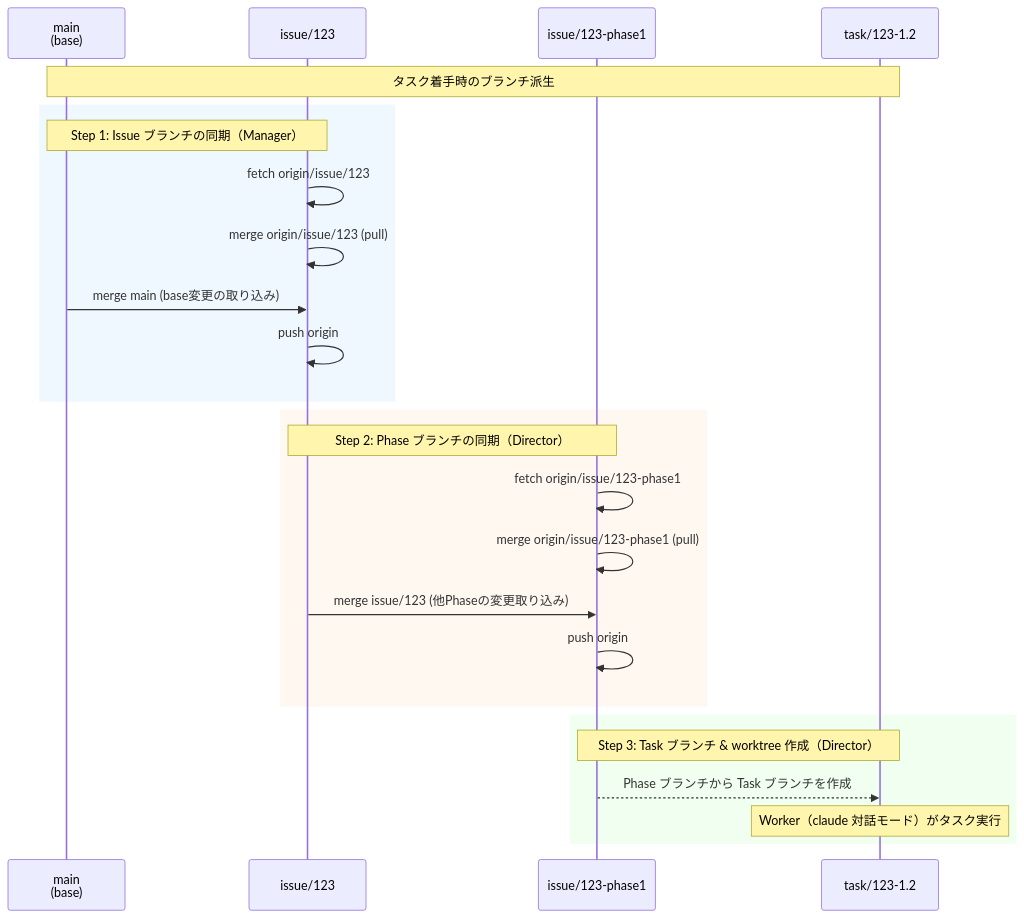
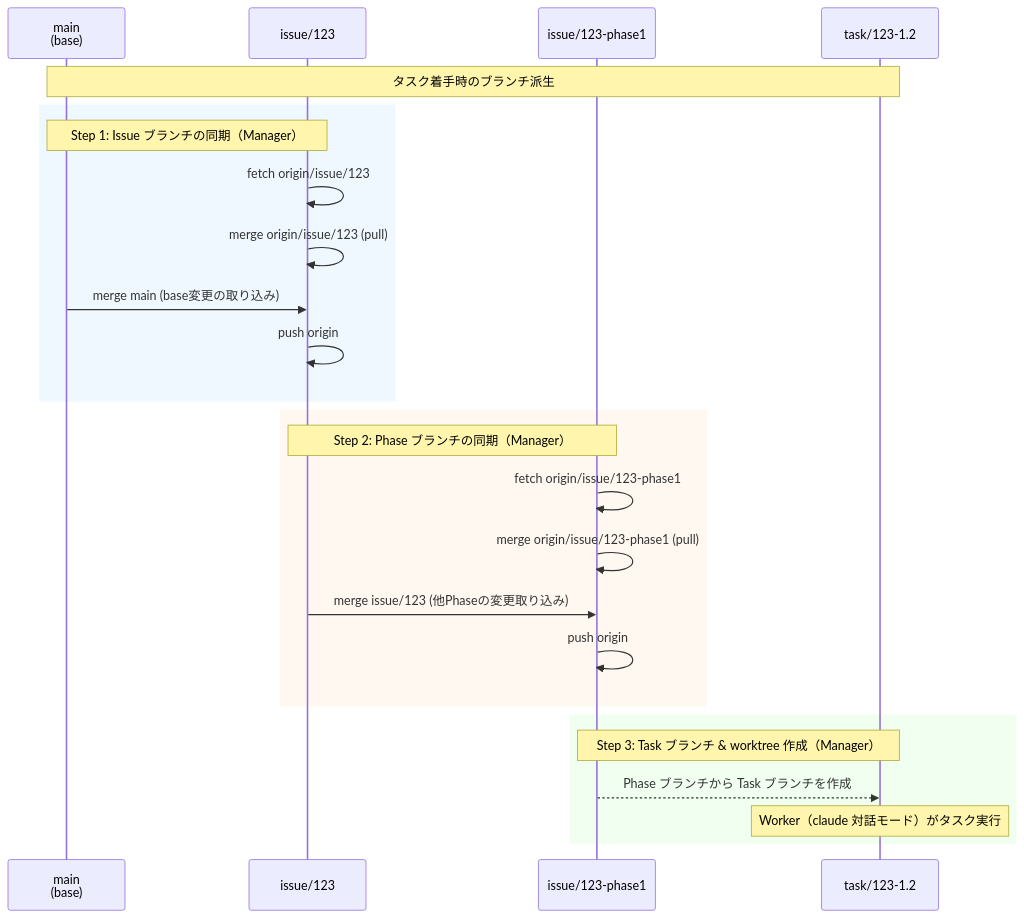
The fifth of 5 diagrams in docs/einja/steering/branch-strategy.md (einja-inc/einja-management-template), drawn with Mermaid before and after one commit. The commit also changed other lines of this file and 4 other files, not shown here.

````diff
--- a/docs/einja/steering/branch-strategy.md
+++ b/docs/einja/steering/branch-strategy.md
@@ -195,31 +193,31 @@
 ```mermaid
 sequenceDiagram
     participant Main as main<br/>(base)
     participant Issue as issue/123
     participant Phase as issue/123-phase1
     participant Task as task/123-1.2
 
     Note over Main,Task: タスク着手時のブランチ派生
 
     rect rgb(240, 248, 255)
         Note over Main,Issue: Step 1: Issue ブランチの同期（Manager）
         Issue->>Issue: fetch origin/issue/123
         Issue->>Issue: merge origin/issue/123 (pull)
         Main->>Issue: merge main (base変更の取り込み)
         Issue->>Issue: push origin
     end
 
     rect rgb(255, 248, 240)
-        Note over Issue,Phase: Step 2: Phase ブランチの同期（Director）
+        Note over Issue,Phase: Step 2: Phase ブランチの同期（Manager）
         Phase->>Phase: fetch origin/issue/123-phase1
         Phase->>Phase: merge origin/issue/123-phase1 (pull)
         Issue->>Phase: merge issue/123 (他Phaseの変更取り込み)
         Phase->>Phase: push origin
     end
 
     rect rgb(240, 255, 240)
-        Note over Phase,Task: Step 3: Task ブランチ & worktree 作成（Director）
+        Note over Phase,Task: Step 3: Task ブランチ & worktree 作成（Manager）
         Phase-->>Task: Phase ブランチから Task ブランチを作成
         Note over Task: Worker（claude 対話モード）がタスク実行
     end
 ```
````
